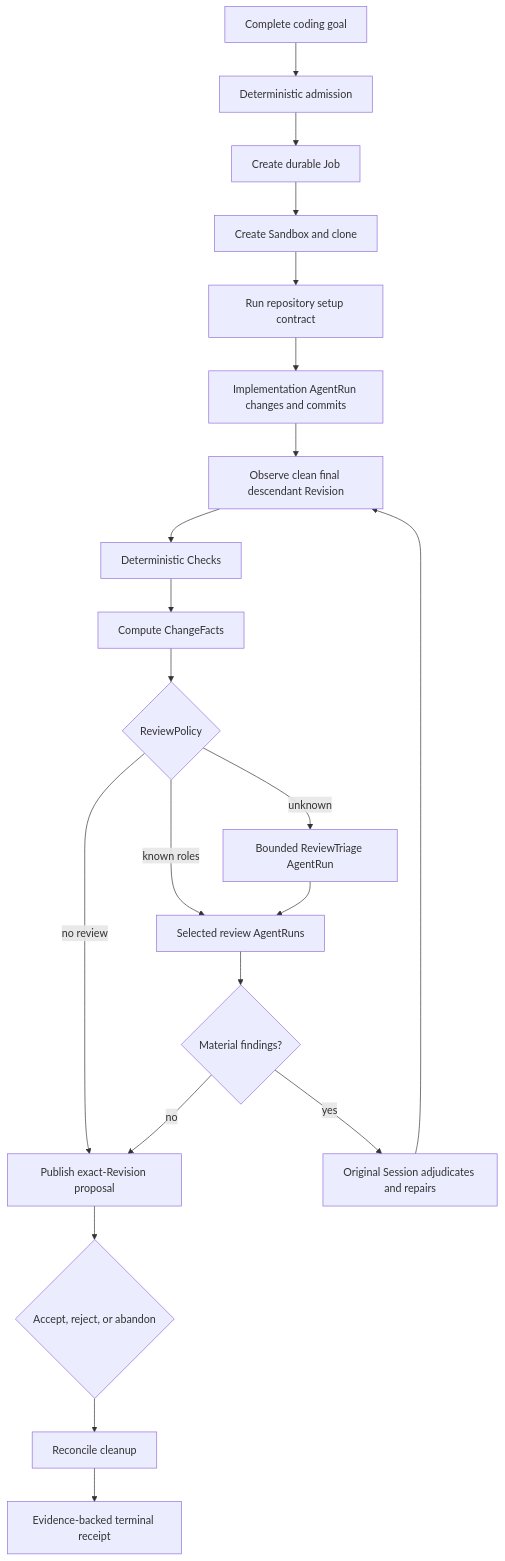
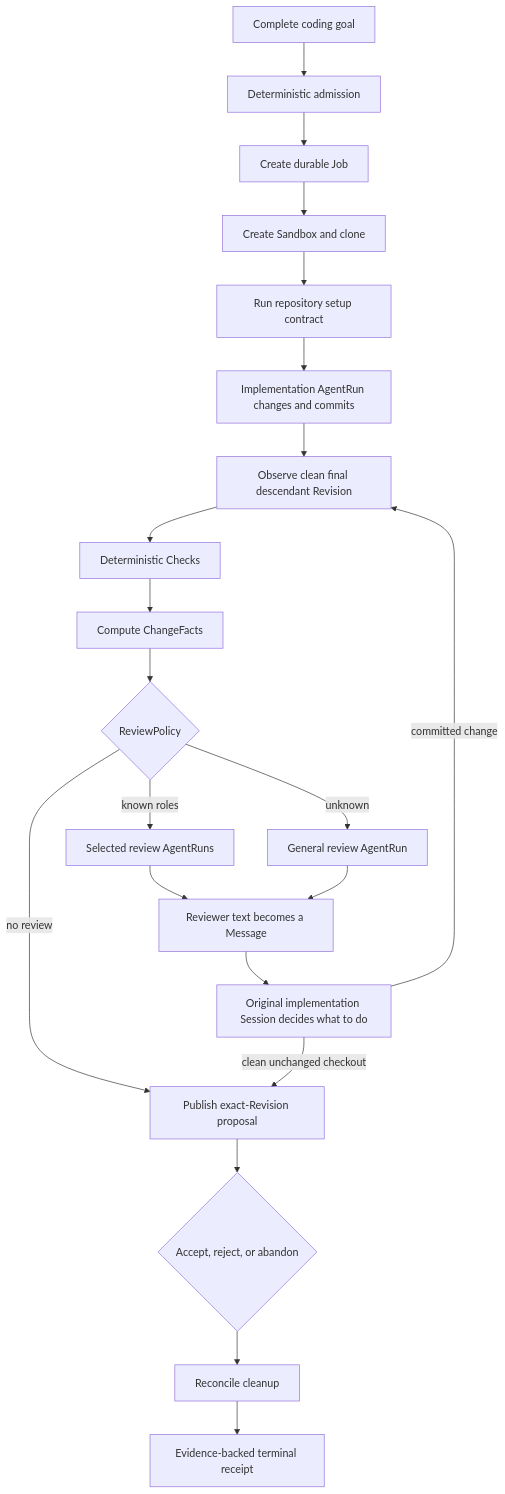
One commit to aphronio/dorf changed the diagram in docs/project/north-star.md. Above: the diagram before and after it, drawn with Mermaid. The commit also changed other lines of this file and 4 other files, not shown here.

Commit message:
docs: make feedback a message

````diff
--- a/docs/project/north-star.md
+++ b/docs/project/north-star.md
@@ -37,23 +37,23 @@
 ```mermaid
 flowchart TD
     Intent["Complete coding goal"] --> Admit["Deterministic admission"]
     Admit --> Job["Create durable Job"]
     Job --> Sandbox["Create Sandbox and clone"]
     Sandbox --> Setup["Run repository setup contract"]
     Setup --> Implement["Implementation AgentRun changes and commits"]
     Implement --> Revision["Observe clean final descendant Revision"]
     Revision --> Checks["Deterministic Checks"]
     Checks --> Facts["Compute ChangeFacts"]
     Facts --> Policy{"ReviewPolicy"}
     Policy -->|"known roles"| Reviews["Selected review AgentRuns"]
-    Policy -->|"unknown"| Triage["Bounded ReviewTriage AgentRun"]
-    Triage --> Reviews
+    Policy -->|"unknown"| GeneralReview["General review AgentRun"]
     Policy -->|"no review"| Proposal
-    Reviews --> Findings{"Material findings?"}
-    Findings -->|"yes"| Repair["Original Session adjudicates and repairs"]
-    Repair --> Revision
-    Findings -->|"no"| Proposal["Publish exact-Revision proposal"]
+    Reviews --> Feedback["Reviewer text becomes a Message"]
+    GeneralReview --> Feedback
+    Feedback --> Respond["Original implementation Session decides what to do"]
+    Respond -->|"committed change"| Revision
+    Respond -->|"clean unchanged checkout"| Proposal["Publish exact-Revision proposal"]
     Proposal --> Outcome{"Accept, reject, or abandon"}
     Outcome --> Cleanup["Reconcile cleanup"]
     Cleanup --> Receipt["Evidence-backed terminal receipt"]
 ```
````
